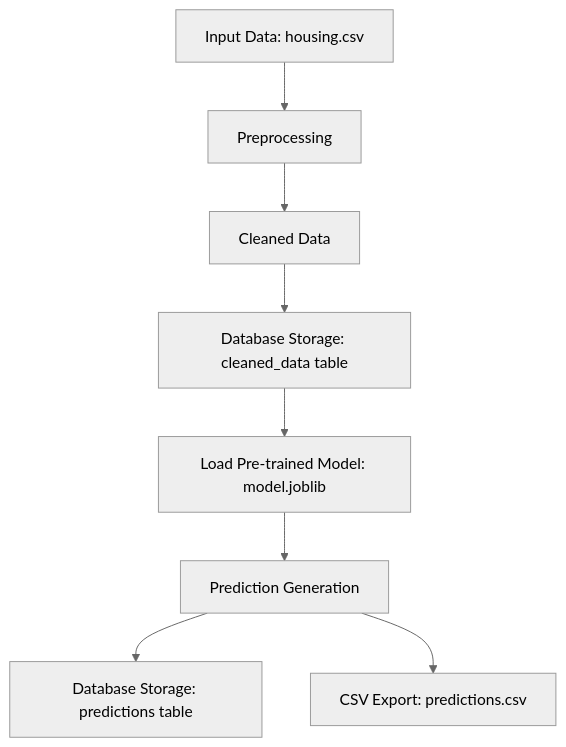
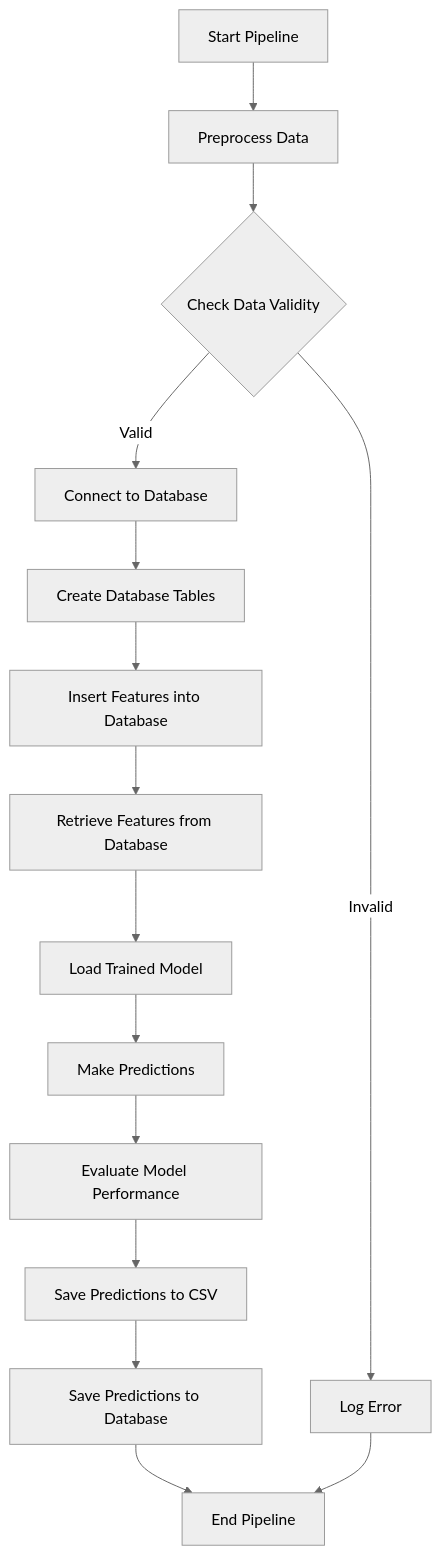
The diagram in schema.mermaid (mxstex/dtse_house_price_prediction_task_sqlite), drawn with Mermaid (neutral theme) before and after one commit. The commit also changed 2 other files, not shown here.

Commit message:
fixed: data from sqlite

```diff
--- a/schema.mermaid
+++ b/schema.mermaid
@@ -1,8 +1,15 @@
 graph TD
-    A[Input Data: housing.csv] --> B[Preprocessing]
-    B --> C[Cleaned Data]
-    C --> D[Database Storage: cleaned_data table]
-    D --> E[Load Pre-trained Model: model.joblib]
-    E --> F[Prediction Generation]
-    F --> G[Database Storage: predictions table]
-    F --> H[CSV Export: predictions.csv]
+     A[Start Pipeline] --> B[Preprocess Data]
+     B --> C{Check Data Validity}
+     C -->|Valid| D[Connect to Database]
+     C -->|Invalid| E[Log Error]
+     D --> F[Create Database Tables]
+     F --> G[Insert Features into Database]
+     G --> H[Retrieve Features from Database]
+     H --> I[Load Trained Model]
+     I --> J[Make Predictions]
+     J --> K[Evaluate Model Performance]
+     K --> L[Save Predictions to CSV]
+     L --> M[Save Predictions to Database]
+     M --> N[End Pipeline]
+     E --> N
```
